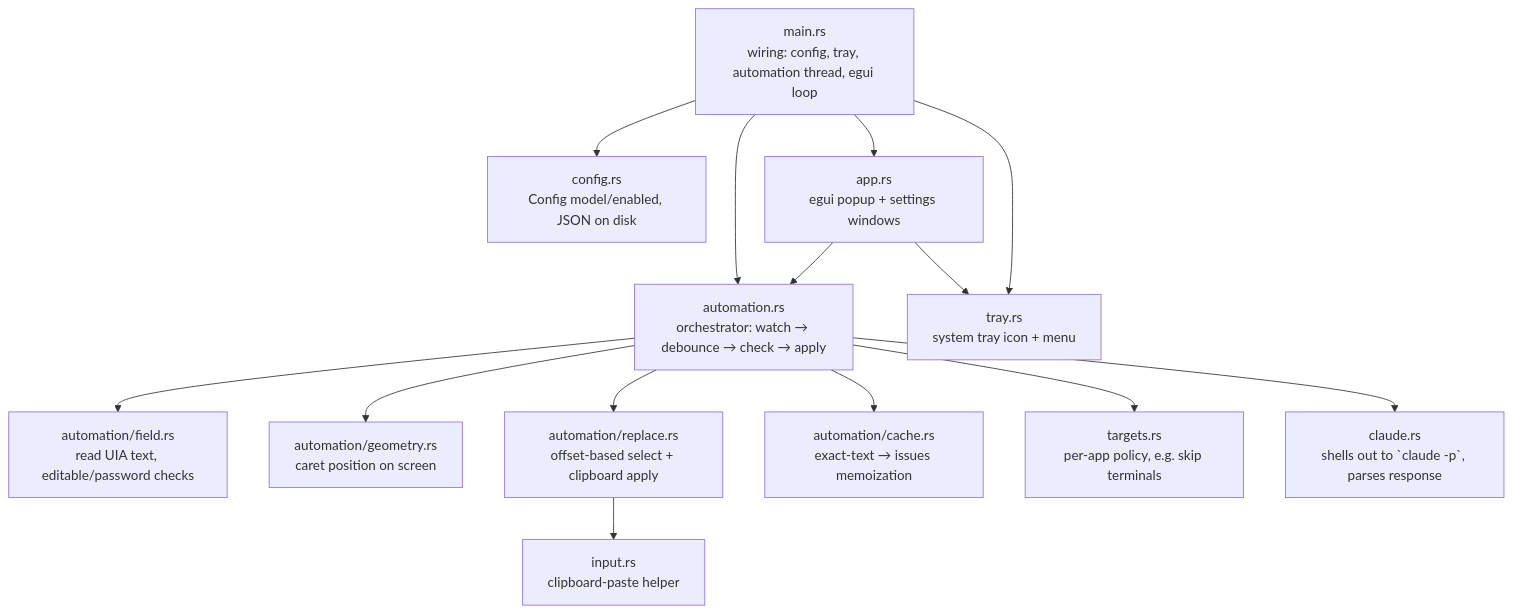
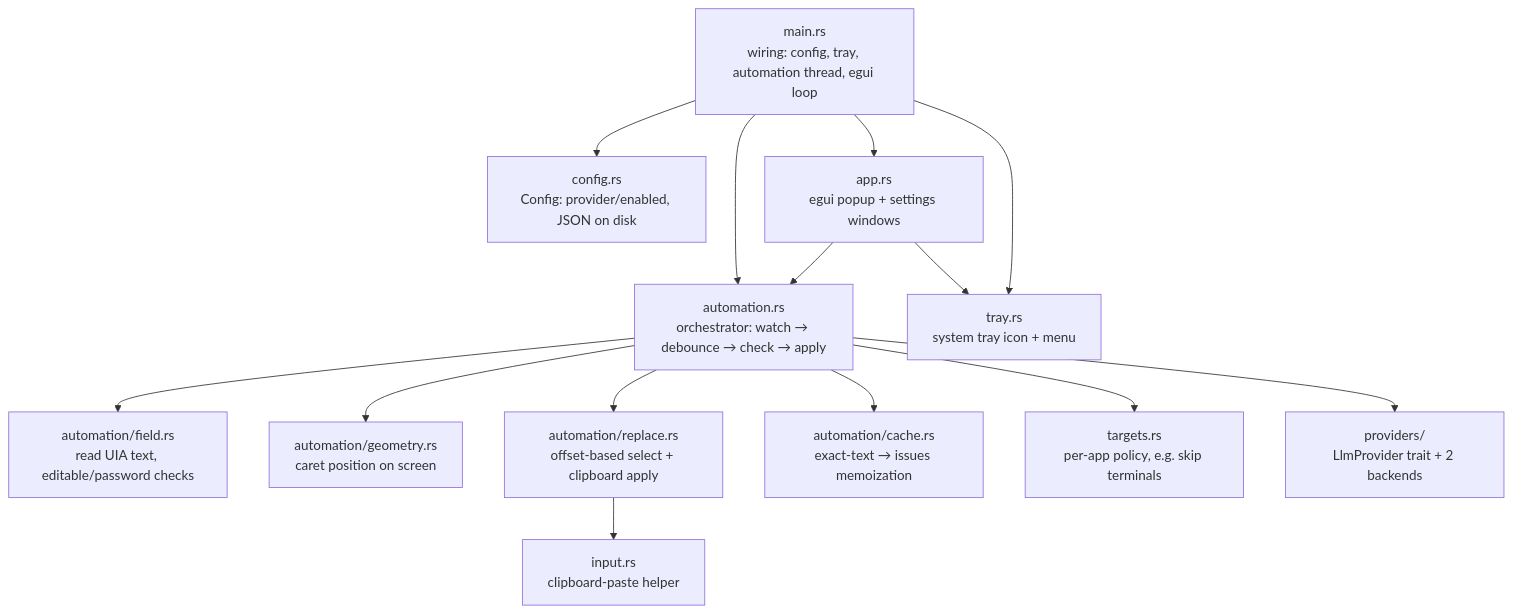
One commit to FabrizioZeb/alfred-writer changed the second of 2 diagrams in README.md. Above: the diagram before and after it, drawn with Mermaid. The commit also changed other lines of this file and 14 other files, not shown here.

````diff
--- a/README.md
+++ b/README.md
@@ -47,29 +69,29 @@
 ```mermaid
 flowchart TD
     main[main.rs<br/>wiring: config, tray, automation thread, egui loop]
-    config[config.rs<br/>Config model/enabled, JSON on disk]
+    config[config.rs<br/>Config: provider/enabled, JSON on disk]
     automation[automation.rs<br/>orchestrator: watch → debounce → check → apply]
     field[automation/field.rs<br/>read UIA text, editable/password checks]
     geometry[automation/geometry.rs<br/>caret position on screen]
     replace[automation/replace.rs<br/>offset-based select + clipboard apply]
     cache[automation/cache.rs<br/>exact-text → issues memoization]
     targets[targets.rs<br/>per-app policy, e.g. skip terminals]
-    claude[claude.rs<br/>shells out to `claude -p`, parses response]
+    providers["providers/<br/>LlmProvider trait + 2 backends"]
     input[input.rs<br/>clipboard-paste helper]
     app[app.rs<br/>egui popup + settings windows]
     tray[tray.rs<br/>system tray icon + menu]
 
     main --> config
     main --> automation
     main --> app
     main --> tray
     automation --> field
     automation --> geometry
     automation --> replace
     automation --> cache
     automation --> targets
-    automation --> claude
+    automation --> providers
     replace --> input
     app --> automation
     app --> tray
 ```
````
